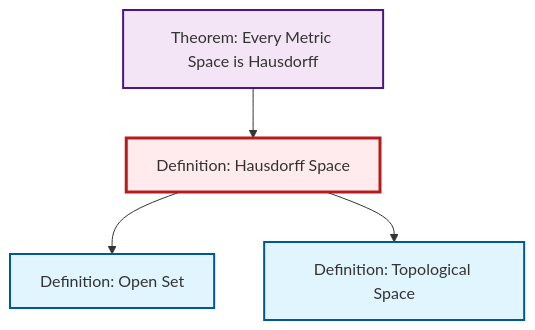
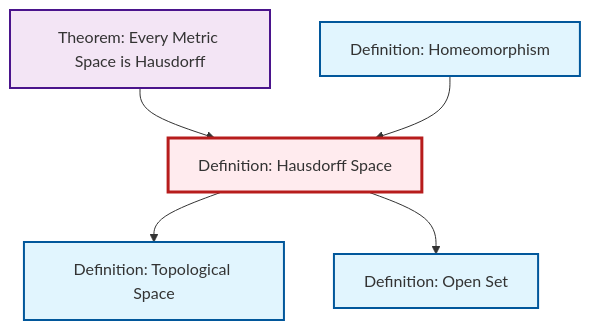
Before and after one commit to RK0429/ModernMath: the diagram in content/en/topology/def-hausdorff.qmd, drawn with Mermaid. The commit also changed 474 other files, not shown here.

````diff
--- a/content/en/topology/def-hausdorff.qmd
+++ b/content/en/topology/def-hausdorff.qmd
@@ -53,20 +53,23 @@
 ```{mermaid}
 %%| fig-cap: "Local dependency graph"
 graph TD
     classDef definition fill:#e1f5fe,stroke:#01579b,stroke-width:2px
     classDef theorem fill:#f3e5f5,stroke:#4a148c,stroke-width:2px
     classDef axiom fill:#fff3e0,stroke:#e65100,stroke-width:2px
     classDef example fill:#e8f5e9,stroke:#1b5e20,stroke-width:2px
     classDef current fill:#ffebee,stroke:#b71c1c,stroke-width:3px
+    thm-metric-hausdorff["Theorem: Every Metric Space is Hausdorff"]:::theorem
+    def-open-set["Definition: Open Set"]:::definition
+    def-homeomorphism["Definition: Homeomorphism"]:::definition
     def-topological-space["Definition: Topological Space"]:::definition
-    thm-metric-hausdorff["Theorem: Every Metric Space is Hausdorff"]:::theorem
     def-hausdorff["Definition: Hausdorff Space"]:::definition
-    def-open-set["Definition: Open Set"]:::definition
+    def-hausdorff --> def-topological-space
     def-hausdorff --> def-open-set
     thm-metric-hausdorff --> def-hausdorff
-    def-hausdorff --> def-topological-space
+    def-homeomorphism --> def-hausdorff
     class def-hausdorff current
-    click def-topological-space "def-topological-space.html" "Go to Topological Space definition"
     click thm-metric-hausdorff "thm-metric-hausdorff.html" "Go to Every Metric Space is Hausdorff theorem"
     click def-open-set "def-open-set.html" "Go to Open Set definition"
+    click def-homeomorphism "def-homeomorphism.html" "Go to Homeomorphism definition"
+    click def-topological-space "def-topological-space.html" "Go to Topological Space definition"
 ```
````
